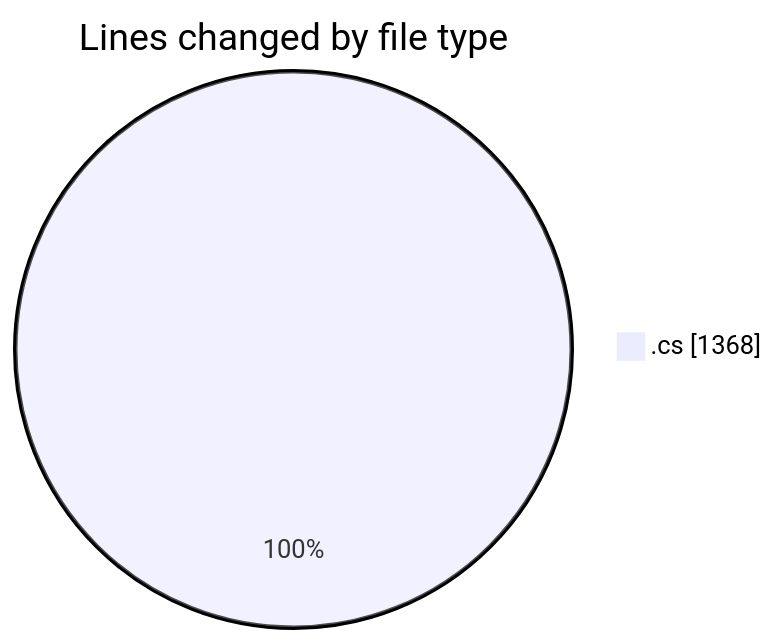
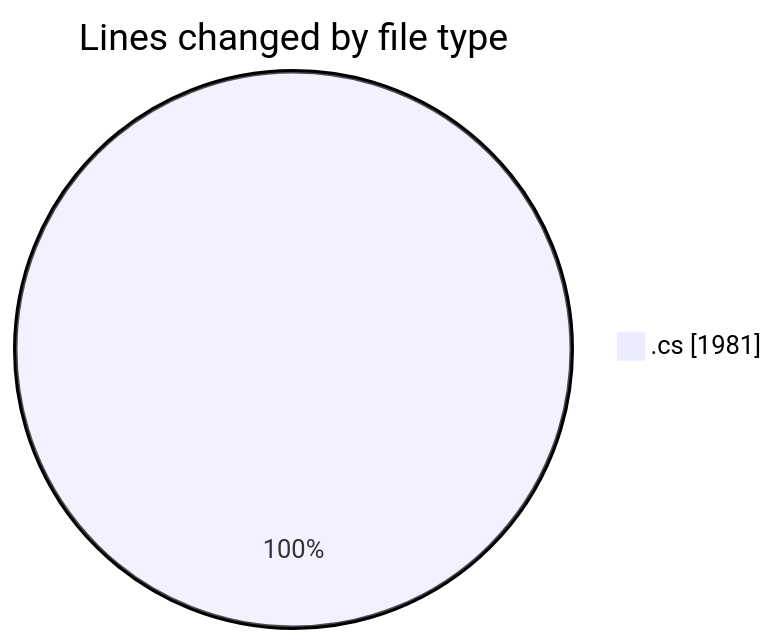
One commit to charlie-sans/code-tracking changed the first of 2 diagrams in 2025-02-09/koderunner/README.md. Above: the diagram before and after it, drawn with Mermaid. The commit also changed other lines of this file and 1 other file, not shown here.

````diff
--- a/2025-02-09/koderunner/README.md
+++ b/2025-02-09/koderunner/README.md
@@ -20,5 +22,5 @@
 ```mermaid
 pie showData
 title Lines changed by file type
-".cs" : 1368
+".cs" : 1981
 ```
````
